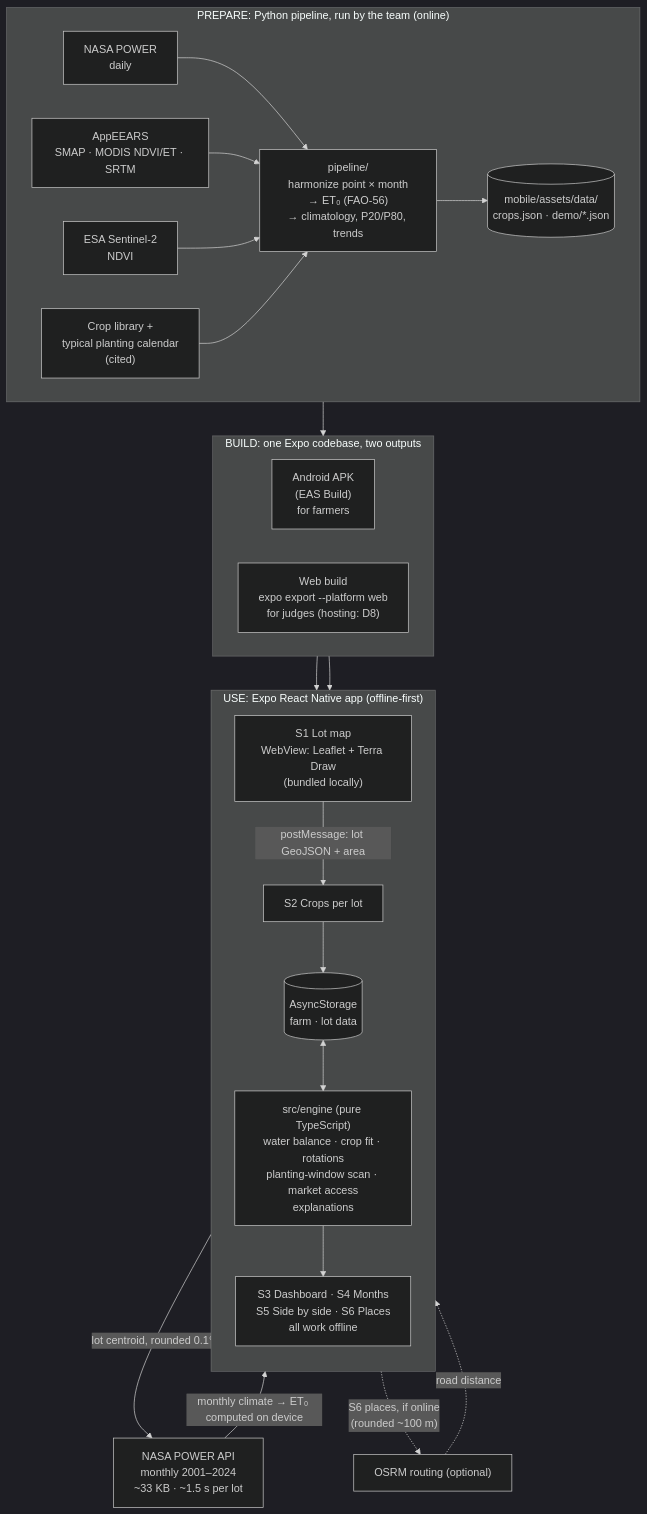
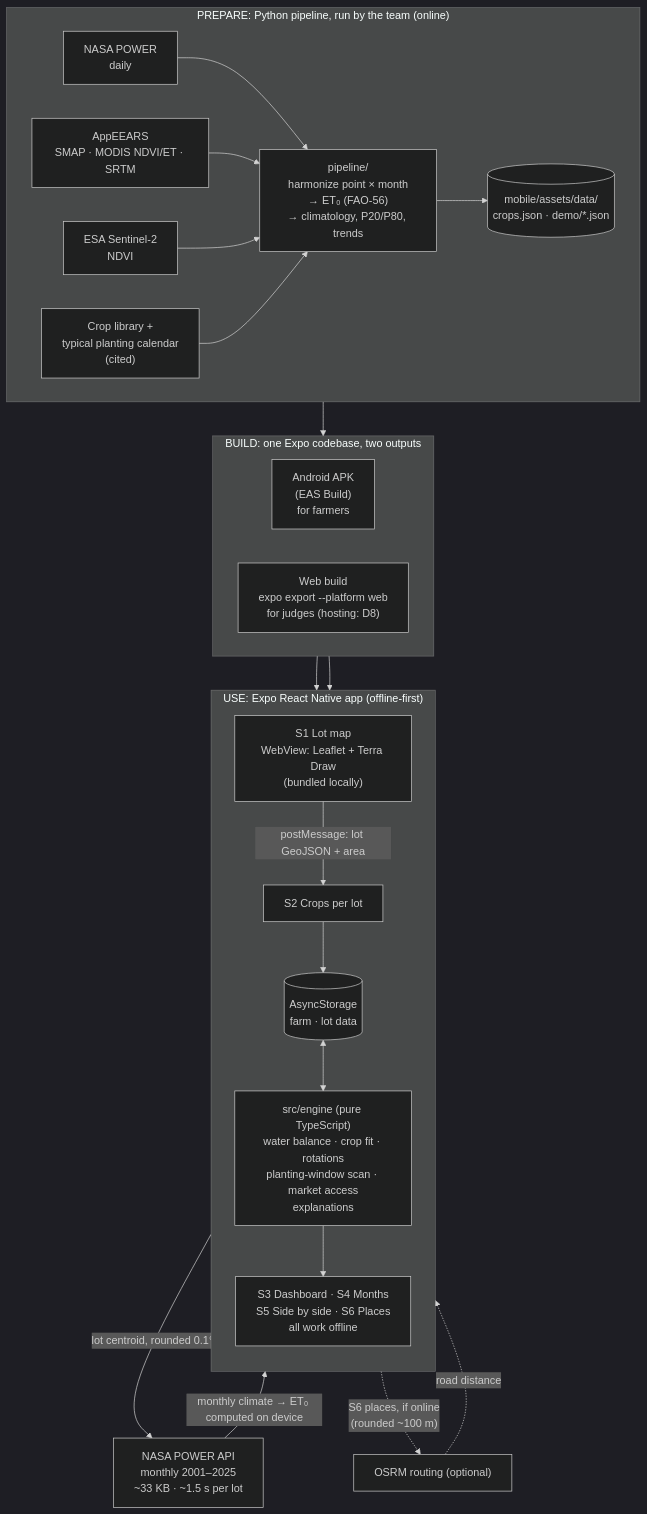
Before and after one commit to GENZ-PH/agrosprout: the first of 3 diagrams in docs/06-architecture.md, drawn with Mermaid (dark theme). The commit also changed 5 other files, not shown here.

````diff
--- a/docs/06-architecture.md
+++ b/docs/06-architecture.md
@@ -8,42 +8,42 @@
 ```mermaid
 flowchart TB
   subgraph PREPARE["PREPARE: Python pipeline, run by the team (online)"]
     direction LR
     P1["NASA POWER<br/>daily"]
     P2["AppEEARS<br/>SMAP · MODIS NDVI/ET · SRTM"]
     P3["ESA Sentinel-2<br/>NDVI"]
     P4["Crop library +<br/>typical planting calendar<br/>(cited)"]
     PIPE["pipeline/<br/>harmonize point × month<br/>→ ET₀ (FAO-56)<br/>→ climatology, P20/P80, trends"]
     OUT[("mobile/assets/data/<br/>crops.json · demo/*.json")]
     P1 & P2 & P3 & P4 --> PIPE --> OUT
   end
 
   subgraph BUILD["BUILD: one Expo codebase, two outputs"]
     direction LR
     APK["Android APK<br/>(EAS Build)<br/>for farmers"]
     WEB["Web build<br/>expo export --platform web<br/>for judges (hosting: D8)"]
   end
 
   subgraph USE["USE: Expo React Native app (offline-first)"]
     direction TB
     MAP["S1 Lot map<br/>WebView: Leaflet + Terra Draw<br/>(bundled locally)"]
     S2["S2 Crops per lot"]
     ST[("AsyncStorage<br/>farm · lot data")]
     ENG["src/engine (pure TypeScript)<br/>water balance · crop fit · rotations<br/>planting-window scan · market access<br/>explanations"]
     UI["S3 Dashboard · S4 Months<br/>S5 Side by side · S6 Places<br/>all work offline"]
     MAP -- "postMessage: lot GeoJSON + area" --> S2
     S2 --> ST
     ST <--> ENG --> UI
   end
 
-  POWER["NASA POWER API<br/>monthly 2001–2024<br/>~33 KB · ~1.5 s per lot"]
+  POWER["NASA POWER API<br/>monthly 2001–2025<br/>~33 KB · ~1.5 s per lot"]
   OSRM["OSRM routing (optional)"]
 
   OUT --> BUILD
   APK --> USE
   WEB --> USE
   MAP -- "lot centroid, rounded 0.1°" --> POWER
   POWER -- "monthly climate → ET₀ computed on device" --> ST
   UI -. "S6 places, if online<br/>(rounded ~100 m)" .-> OSRM
   OSRM -. "road distance" .-> ST
 ```
````
